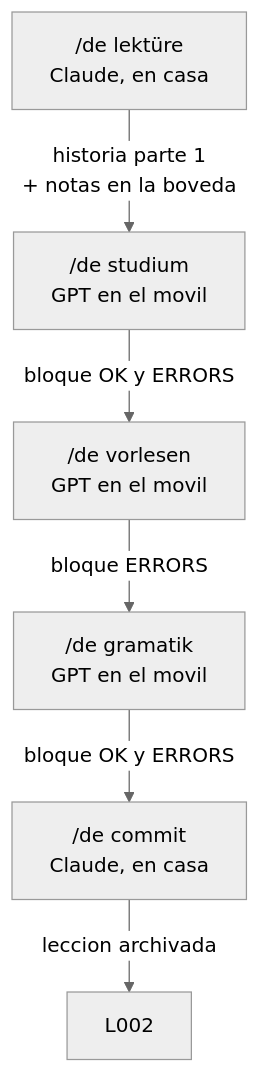
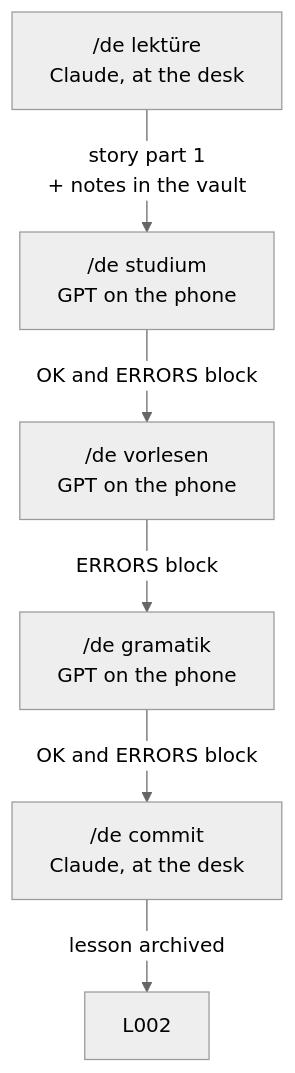
One commit to denczh/obsidian-deutsch changed the diagram in 50 - Ressourcen/Lektionen.md. Above: the diagram before and after it, drawn with Mermaid (neutral theme). The commit also changed other lines of this file and 11 other files, not shown here.

````diff
--- a/50 - Ressourcen/Lektionen.md
+++ b/50 - Ressourcen/Lektionen.md
@@ -12,8 +14,8 @@
 ```mermaid
 flowchart TD
-    A["/de lektüre<br/>Claude, en casa"] -->|historia parte 1<br/>+ notas en la boveda| B["/de studium<br/>GPT en el movil"]
-    B -->|bloque OK y ERRORS| C["/de vorlesen<br/>GPT en el movil"]
-    C -->|bloque ERRORS| D["/de gramatik<br/>GPT en el movil"]
-    D -->|bloque OK y ERRORS| E["/de commit<br/>Claude, en casa"]
-    E -->|leccion archivada| F["L002"]
+    A["/de lektüre<br/>Claude, at the desk"] -->|story part 1<br/>+ notes in the vault| B["/de studium<br/>GPT on the phone"]
+    B -->|OK and ERRORS block| C["/de vorlesen<br/>GPT on the phone"]
+    C -->|ERRORS block| D["/de gramatik<br/>GPT on the phone"]
+    D -->|OK and ERRORS block| E["/de commit<br/>Claude, at the desk"]
+    E -->|lesson archived| F["L002"]
 ```
````
